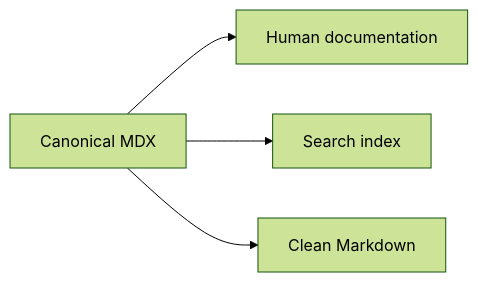
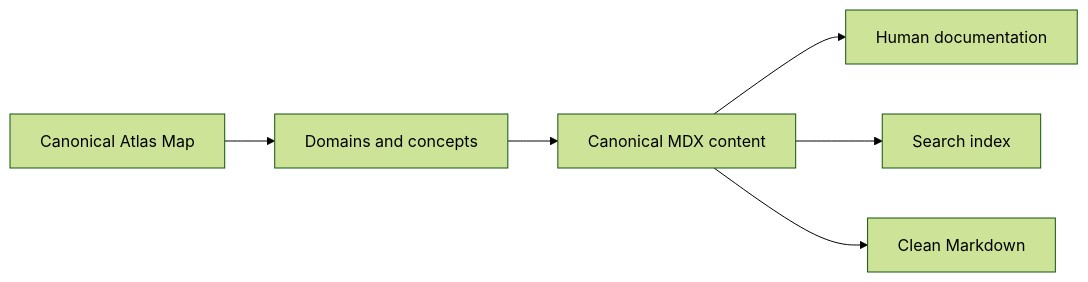
One commit to thucne/software-development-atlas changed the diagram in content/docs/start-here/how-to-use-the-atlas.mdx. Above: the diagram before and after it, drawn with Mermaid (forest theme). The commit also changed other lines of this file and 21 other files, not shown here.

First line of the commit message:
feat: introduce the Atlas knowledge map and learning model (#9)

````diff
--- a/content/docs/start-here/how-to-use-the-atlas.mdx
+++ b/content/docs/start-here/how-to-use-the-atlas.mdx
@@ -36,6 +42,8 @@
 ```mermaid
 graph LR
-  A[Canonical MDX] --> B[Human documentation]
-  A --> C[Search index]
-  A --> D[Clean Markdown]
+  A[Canonical Atlas Map] --> B[Domains and concepts]
+  B --> C[Canonical MDX content]
+  C --> D[Human documentation]
+  C --> E[Search index]
+  C --> F[Clean Markdown]
 ```
````
